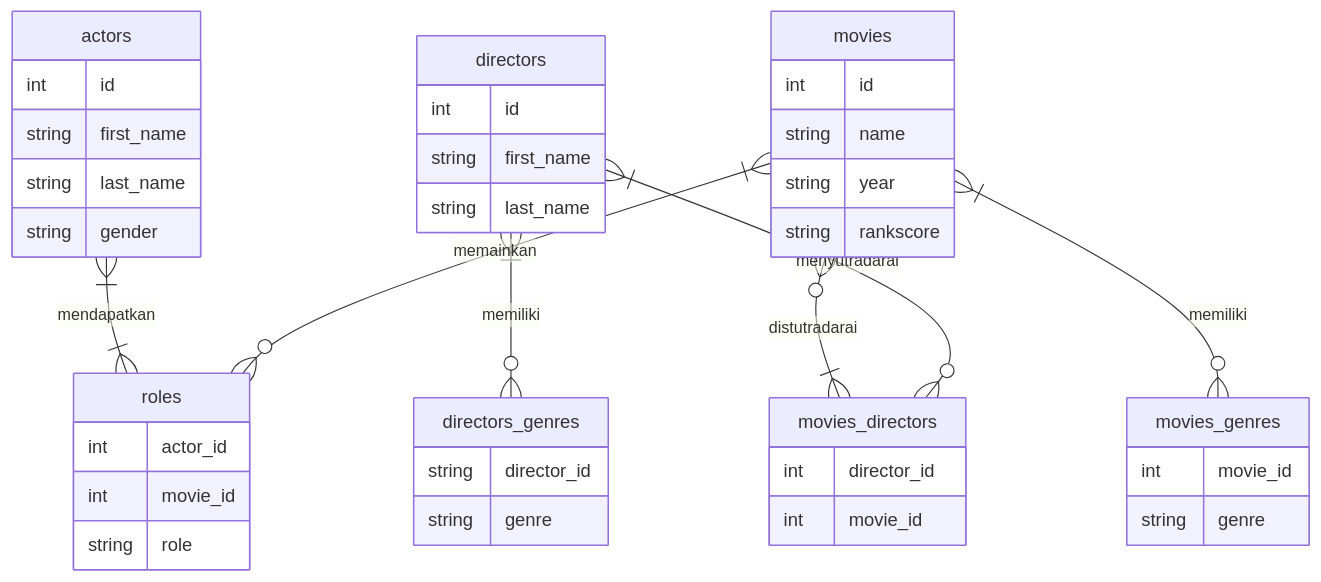
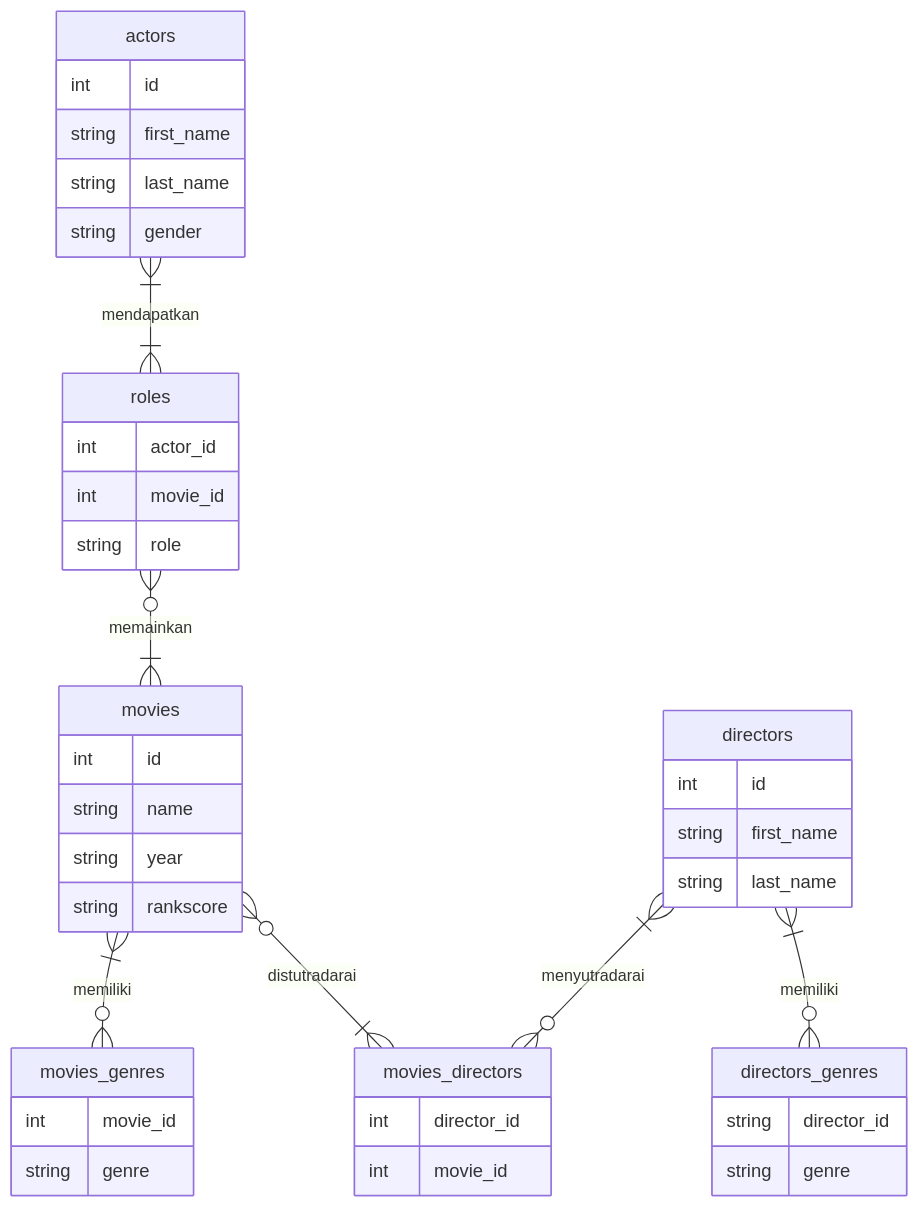
Before and after one commit to federus1105/koda-b4-db3: the diagram in README.md, drawn with Mermaid.

Commit message:
fix : order of writing relations

````diff
--- a/README.md
+++ b/README.md
@@ -2,53 +2,53 @@
 ```mermaid
 erDiagram
 actors {
     int id
     string first_name
     string last_name
     string gender
 }
 
 directors {
     int id
     string first_name
     string last_name
 }
 
 directors_genres {
     string director_id
     string genre
 }
 
 movies {
     int id
     string name
     string year
     string rankscore
 }
 
 movies_directors {
     int director_id
     int movie_id
 }
 
 movies_genres {
     int movie_id
     string genre
 }
 
 roles {
     int actor_id
     int movie_id
     string role
 }
 
 
 actors }|--|{ roles : mendapatkan
-movies }|--o{ roles : memainkan
+roles }o--|{ movies : memainkan
 directors }|--o{ directors_genres : memiliki
 movies }|--o{ movies_genres : memiliki
 movies }o--|{ movies_directors : distutradarai
 directors }|--o{ movies_directors : menyutradarai 
 
 
 ```
````
